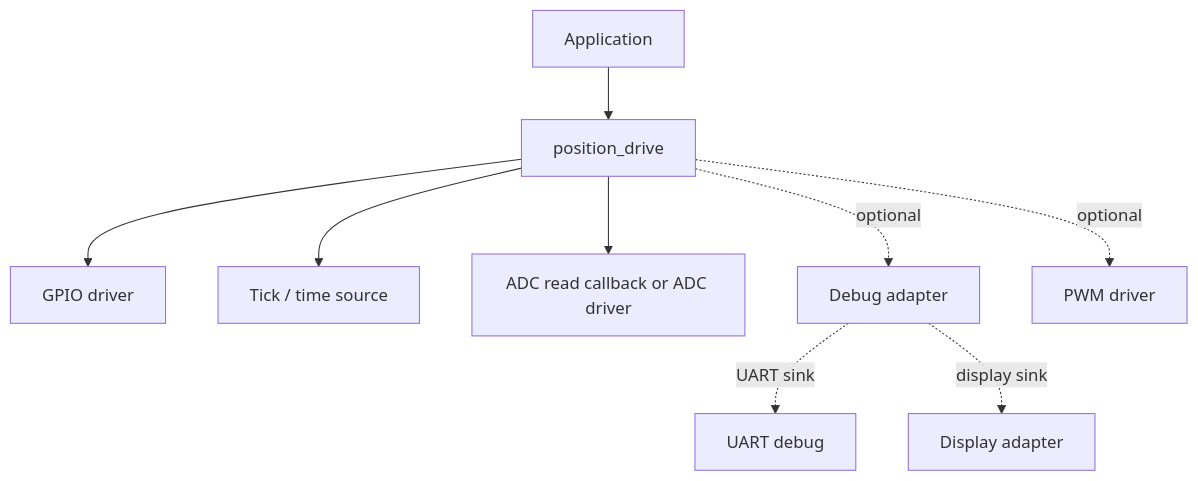
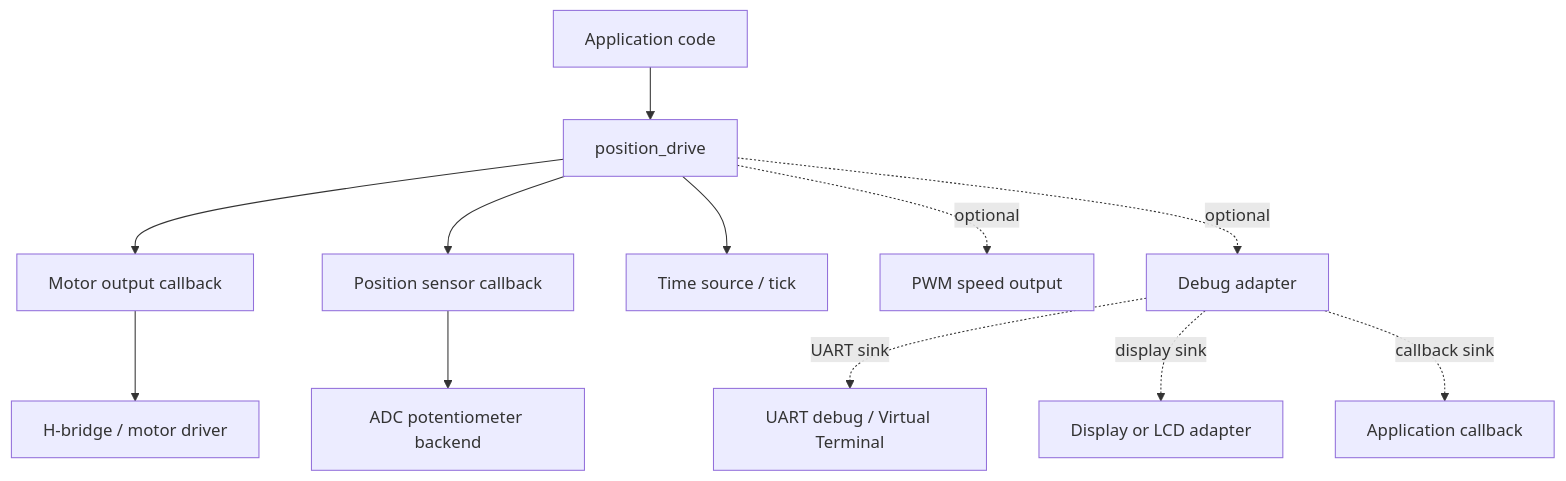
One commit to anatoliWeb/pic-platform changed the seventh of 9 diagrams in docs/libraries/actuator/position_drive.md. Above: the diagram before and after it, drawn with Mermaid. The commit also changed other lines of this file and 7 other files, not shown here.

First line of the commit message:
docs(position-drive): add runtime and debug diagrams

````diff
--- a/docs/libraries/actuator/position_drive.md
+++ b/docs/libraries/actuator/position_drive.md
@@ -233,11 +311,16 @@
 ```mermaid
 flowchart TD
-    APP[Application] --> PD[position_drive]
-    PD --> GPIO[GPIO driver]
-    PD --> TICK[Tick / time source]
-    PD --> ADC[ADC read callback or ADC driver]
+    APP[Application code] --> PD[position_drive]
+    PD --> MOTOR[Motor output callback]
+    PD --> SENSOR[Position sensor callback]
+    PD --> TICK[Time source / tick]
+    PD -. optional .-> PWM[PWM speed output]
     PD -. optional .-> DBG[Debug adapter]
-    PD -. optional .-> PWM[PWM driver]
-    DBG -. UART sink .-> UART[UART debug]
-    DBG -. display sink .-> DISP[Display adapter]
+
+    SENSOR --> ADC[ADC potentiometer backend]
+    MOTOR --> HBRIDGE[H-bridge / motor driver]
+
+    DBG -. UART sink .-> UART[UART debug / Virtual Terminal]
+    DBG -. display sink .-> DISP[Display or LCD adapter]
+    DBG -. callback sink .-> CB[Application callback]
 ```
````
